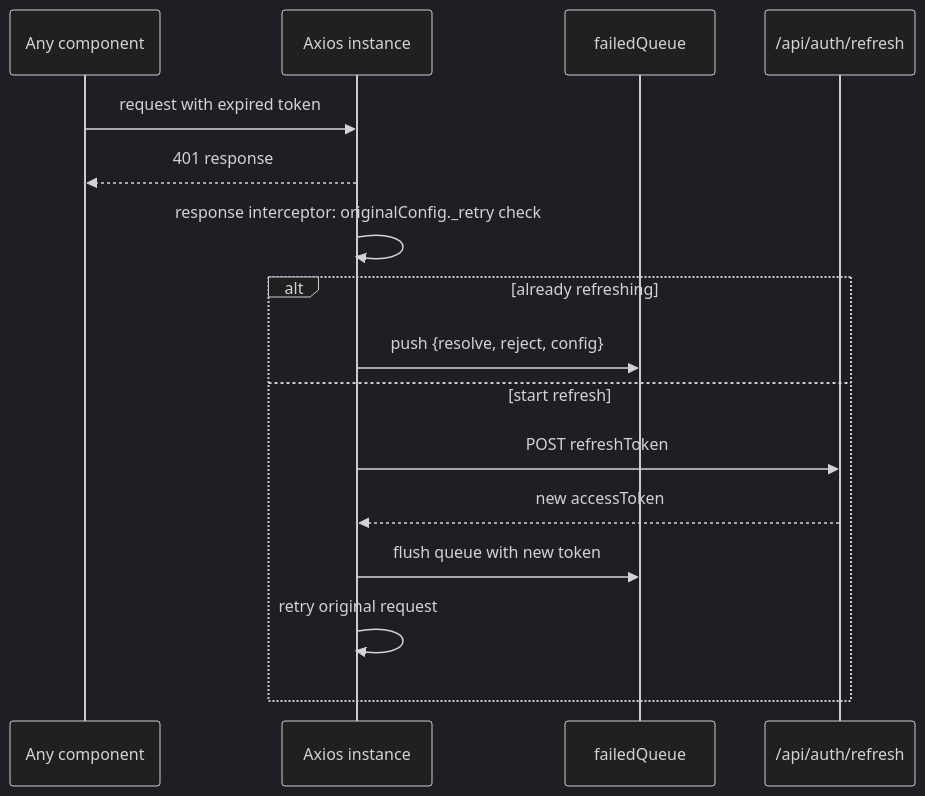
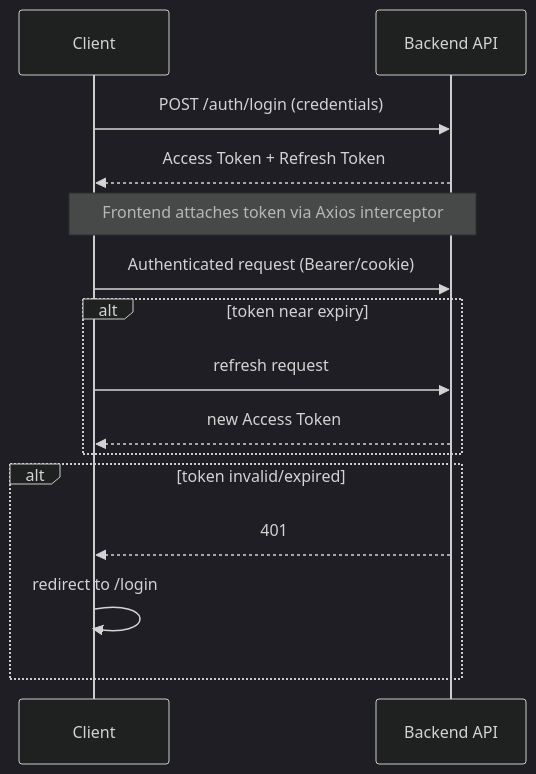
Before and after one commit to mohammed-dev-stack/ai-workflow-orchestrator: the third of 4 diagrams in frontend/README.MD, drawn with Mermaid (dark theme). The commit also changed other lines of this file, not shown here.

````diff
--- a/frontend/README.MD
+++ b/frontend/README.MD
@@ -303,19 +170,17 @@
 ```mermaid
 sequenceDiagram
-    participant C as Any component
-    participant AX as Axios instance
-    participant Q as failedQueue
-    participant AUTH as /api/auth/refresh
-
-    C->>AX: request with expired token
-    AX-->>C: 401 response
-    AX->>AX: response interceptor: originalConfig._retry check
-    alt already refreshing
-        AX->>Q: push {resolve, reject, config}
-    else start refresh
-        AX->>AUTH: POST refreshToken
-        AUTH-->>AX: new accessToken
-        AX->>Q: flush queue with new token
-        AX->>AX: retry original request
+    participant Client
+    participant API as Backend API
+    Client->>API: POST /auth/login (credentials)
+    API-->>Client: Access Token + Refresh Token
+    Note over Client,API: Frontend attaches token via Axios interceptor
+    Client->>API: Authenticated request (Bearer/cookie)
+    alt token near expiry
+        Client->>API: refresh request
+        API-->>Client: new Access Token
+    end
+    alt token invalid/expired
+        API-->>Client: 401
+        Client->>Client: redirect to /login
     end
 ```
````
